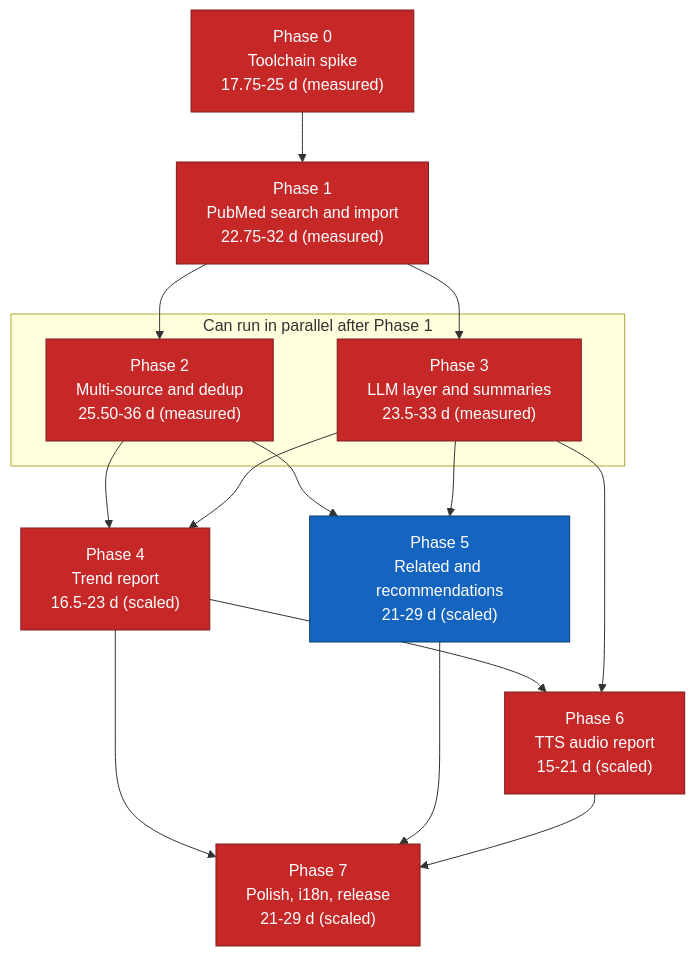
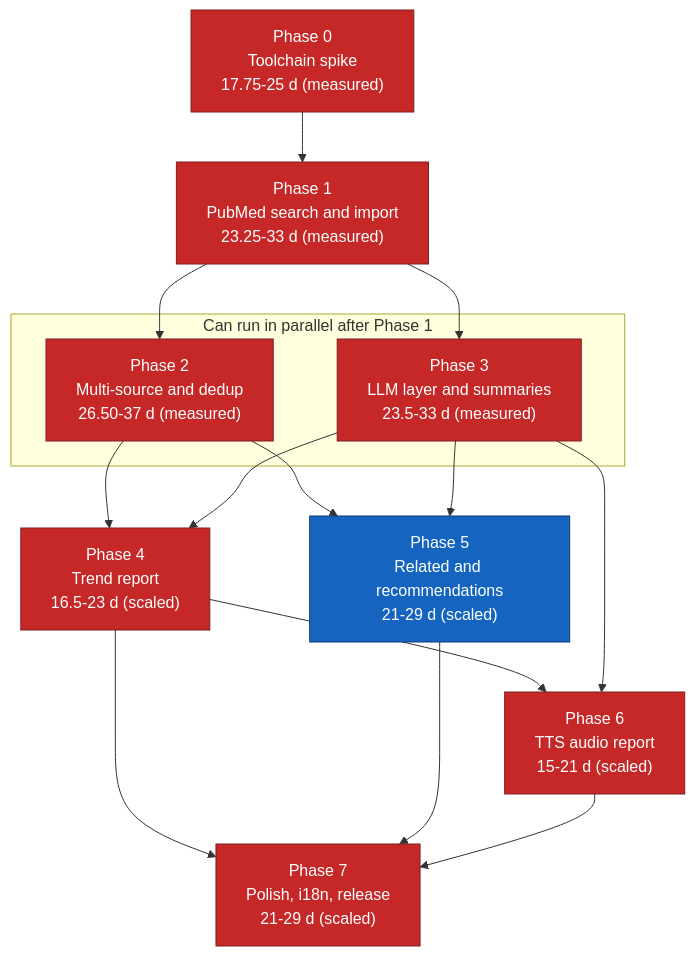
The diagram in docs/11-implementation-roadmap.md (suppakoko/research_helper), drawn with Mermaid before and after one commit. The commit also changed other lines of this file and 3 other files, not shown here.

````diff
--- a/docs/11-implementation-roadmap.md
+++ b/docs/11-implementation-roadmap.md
@@ -326,34 +326,34 @@
 ```mermaid
 graph TD
     P0["Phase 0<br/>Toolchain spike<br/>17.75-25 d (measured)"]
-    P1["Phase 1<br/>PubMed search and import<br/>22.75-32 d (measured)"]
-    P2["Phase 2<br/>Multi-source and dedup<br/>25.50-36 d (measured)"]
+    P1["Phase 1<br/>PubMed search and import<br/>23.25-33 d (measured)"]
+    P2["Phase 2<br/>Multi-source and dedup<br/>26.50-37 d (measured)"]
     P3["Phase 3<br/>LLM layer and summaries<br/>23.5-33 d (measured)"]
     P4["Phase 4<br/>Trend report<br/>16.5-23 d (scaled)"]
     P5["Phase 5<br/>Related and recommendations<br/>21-29 d (scaled)"]
     P6["Phase 6<br/>TTS audio report<br/>15-21 d (scaled)"]
     P7["Phase 7<br/>Polish, i18n, release<br/>21-29 d (scaled)"]
 
     P0 --> P1
     P1 --> P2
     P1 --> P3
     P2 --> P4
     P3 --> P4
     P2 --> P5
     P3 --> P5
     P4 --> P6
     P3 --> P6
     P4 --> P7
     P5 --> P7
     P6 --> P7
 
     subgraph parallel["Can run in parallel after Phase 1"]
         P2
         P3
     end
 
     classDef critical fill:#c62828,stroke:#7f1d1d,color:#ffffff
     classDef normal fill:#1565c0,stroke:#0d3c73,color:#ffffff
     class P0,P1,P2,P3,P4,P6,P7 critical
     class P5 normal
 ```
````
